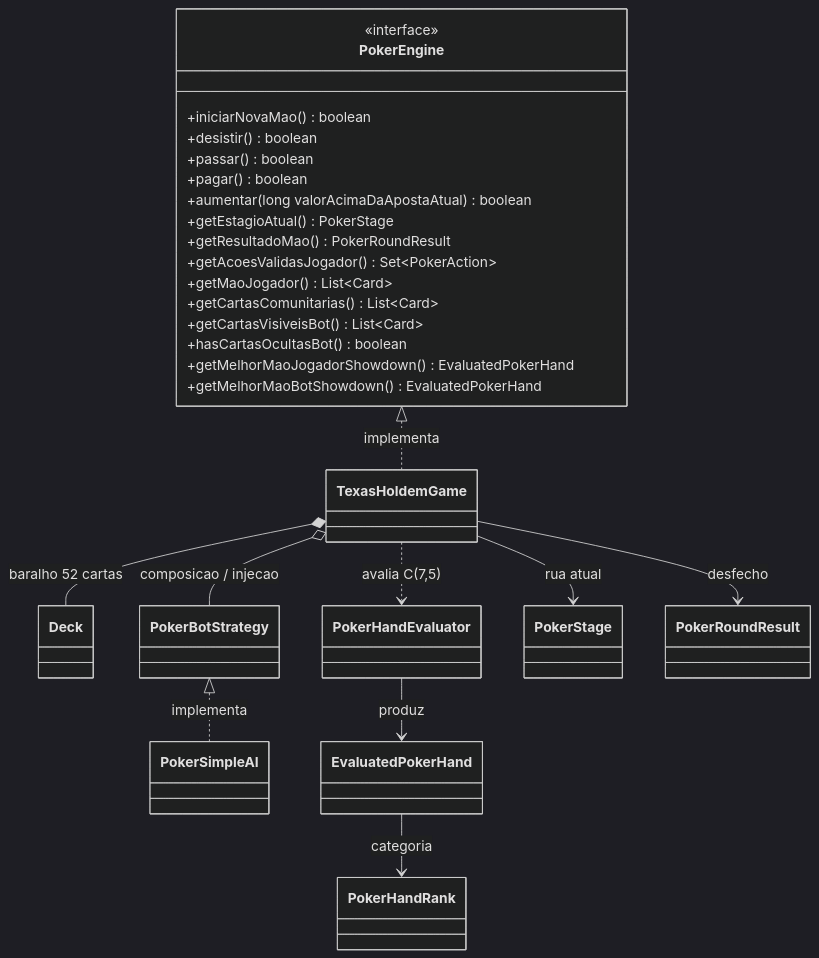
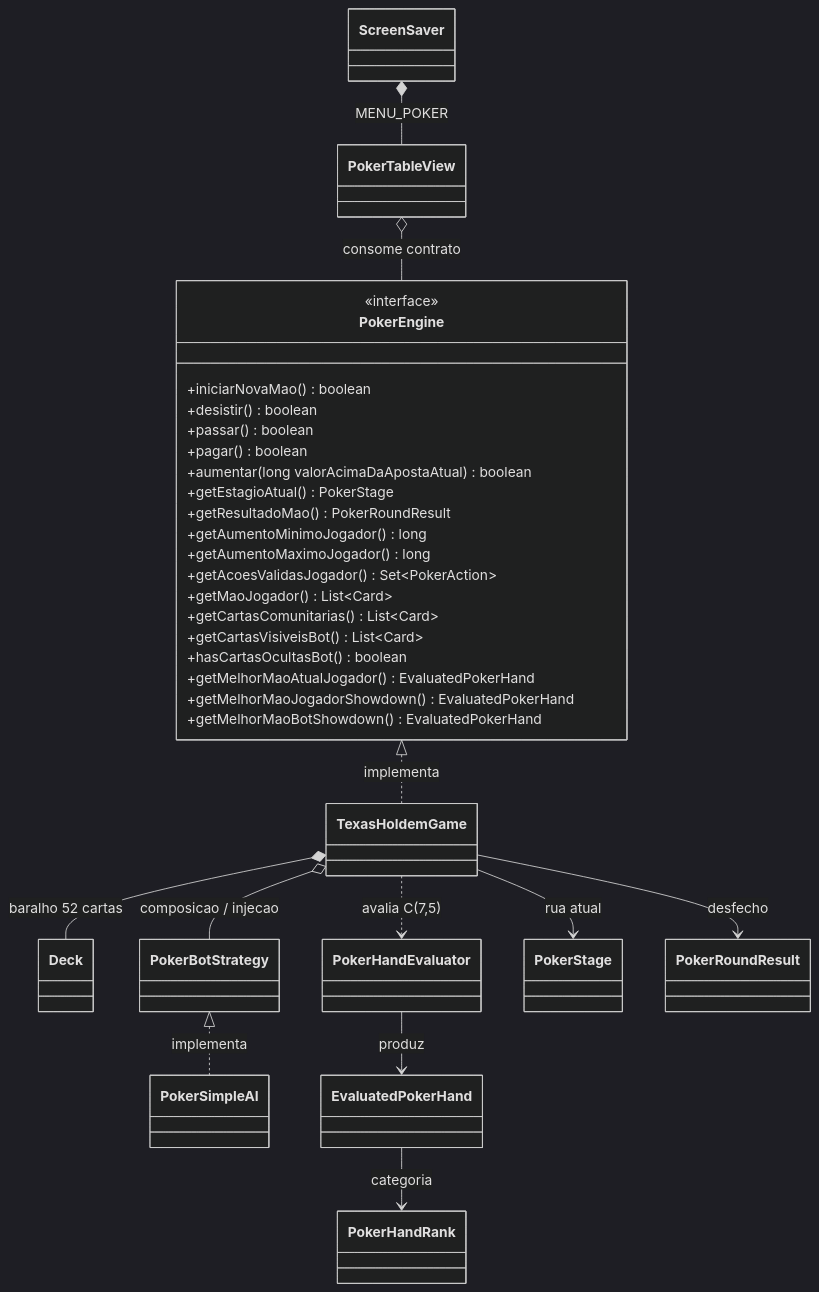
One commit to Enzootomas/projeto-java-jogo changed the third of 3 diagrams in docs/ARQUITETURA.md. Above: the diagram before and after it, drawn with Mermaid (dark theme). The commit also changed 3 other files, not shown here.

````diff
--- a/docs/ARQUITETURA.md
+++ b/docs/ARQUITETURA.md
@@ -246,30 +246,35 @@
 ```mermaid
 classDiagram
+    PokerTableView o-- PokerEngine : consome contrato
+    ScreenSaver *-- PokerTableView : MENU_POKER
     PokerEngine <|.. TexasHoldemGame : implementa
     TexasHoldemGame *-- Deck : baralho 52 cartas
     TexasHoldemGame o-- PokerBotStrategy : composicao / injecao
     PokerBotStrategy <|.. PokerSimpleAI : implementa
     TexasHoldemGame ..> PokerHandEvaluator : avalia C(7,5)
     PokerHandEvaluator --> EvaluatedPokerHand : produz
     EvaluatedPokerHand --> PokerHandRank : categoria
     TexasHoldemGame --> PokerStage : rua atual
     TexasHoldemGame --> PokerRoundResult : desfecho
 
     class PokerEngine {
         <<interface>>
         +iniciarNovaMao() boolean
         +desistir() boolean
         +passar() boolean
         +pagar() boolean
         +aumentar(long valorAcimaDaApostaAtual) boolean
         +getEstagioAtual() PokerStage
         +getResultadoMao() PokerRoundResult
+        +getAumentoMinimoJogador() long
+        +getAumentoMaximoJogador() long
         +getAcoesValidasJogador() Set~PokerAction~
         +getMaoJogador() List~Card~
         +getCartasComunitarias() List~Card~
         +getCartasVisiveisBot() List~Card~
         +hasCartasOcultasBot() boolean
+        +getMelhorMaoAtualJogador() EvaluatedPokerHand
         +getMelhorMaoJogadorShowdown() EvaluatedPokerHand
         +getMelhorMaoBotShowdown() EvaluatedPokerHand
     }
 ```
````
